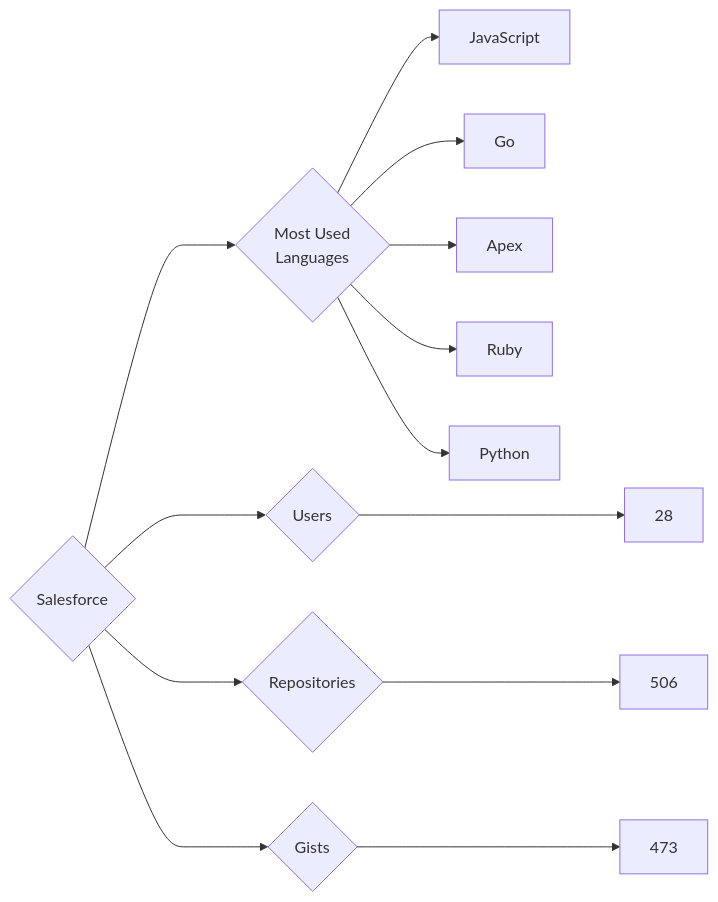
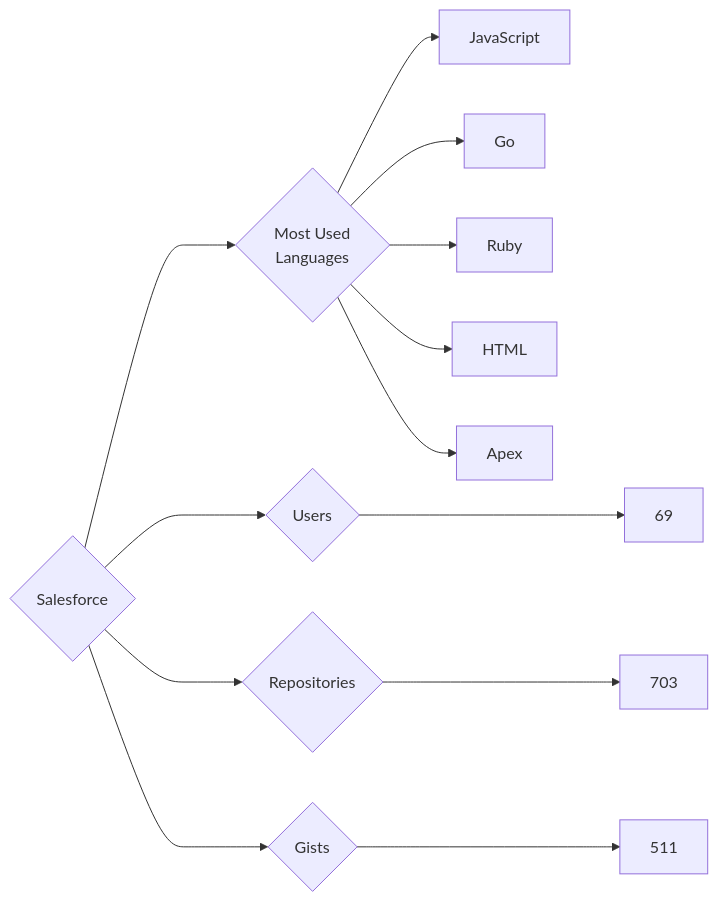
Before and after one commit to trickest/insiders: the diagram in targets/Salesforce/README.md, drawn with Mermaid. The commit also changed 903 other files, not shown here.

````diff
--- a/targets/Salesforce/README.md
+++ b/targets/Salesforce/README.md
@@ -3,13 +3,13 @@
 ```mermaid
 graph LR
 COMPANY_NAME{Salesforce}
-COMPANY_NAME ---> U{Users} ---> UN[28]
-COMPANY_NAME ---> R{Repositories} ---> RN[506]
-COMPANY_NAME ---> G{Gists} ---> GN[473]
+COMPANY_NAME ---> U{Users} ---> UN[69]
+COMPANY_NAME ---> R{Repositories} ---> RN[703]
+COMPANY_NAME ---> G{Gists} ---> GN[511]
 COMPANY_NAME ---> ML{Most Used<br>Languages}
 ML --> JavaScript[JavaScript]
 ML --> Go[Go]
+ML --> Ruby[Ruby]
+ML --> HTML[HTML]
 ML --> Apex[Apex]
-ML --> Ruby[Ruby]
-ML --> Python[Python]
 ```
````
